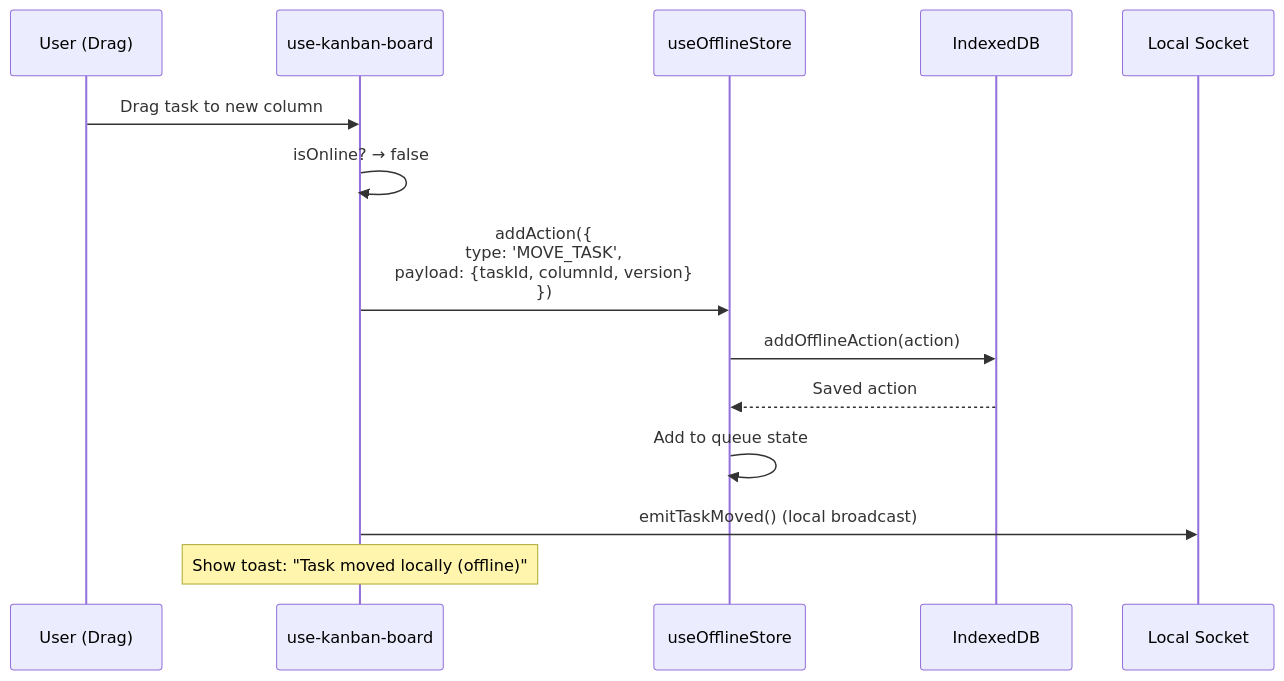
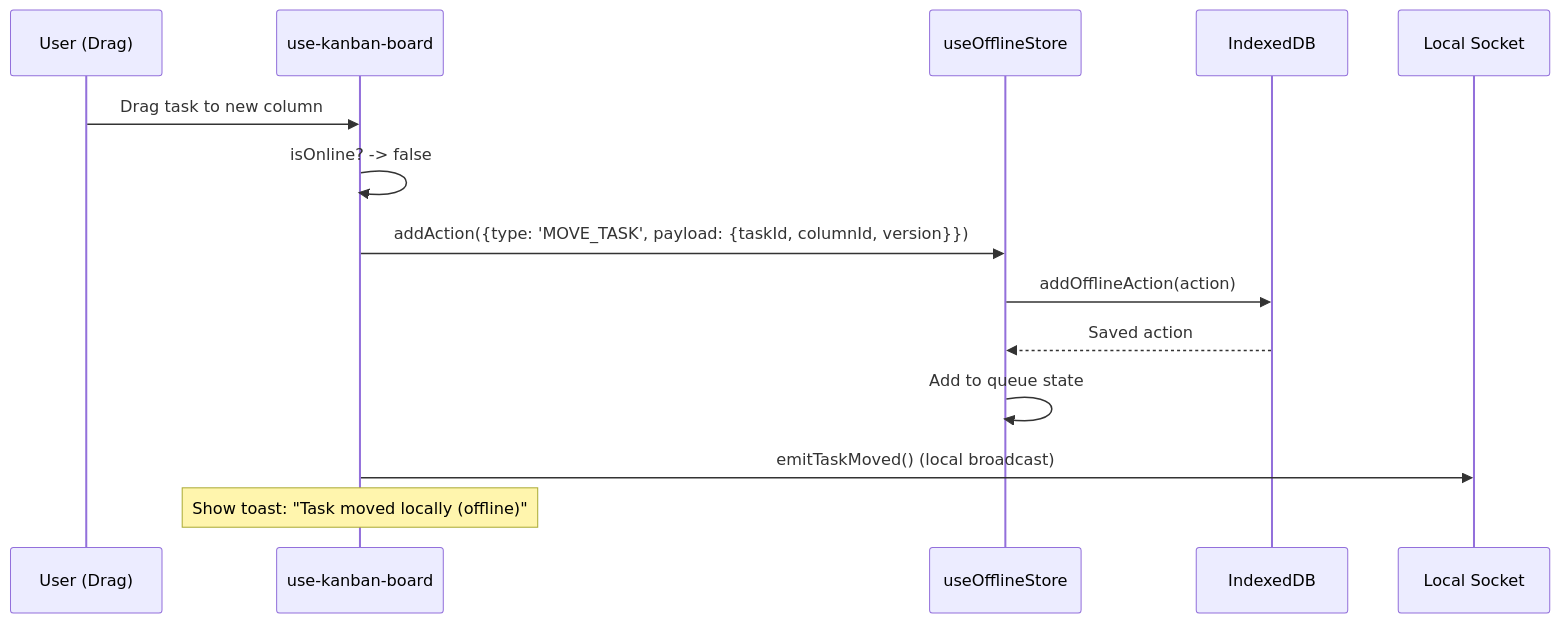
Before and after one commit to asefahmed500/Smart-Task-App_IIT_DU_Final_Project: the third of 7 diagrams in docs/08-offline-queue.md, drawn with Mermaid. The commit also changed other lines of this file and 8 other files, not shown here.

Commit message:
fix: remove br tags from mermaid diagrams for GitHub rendering

````diff
--- a/docs/08-offline-queue.md
+++ b/docs/08-offline-queue.md
@@ -90,19 +90,19 @@
 ```mermaid
 sequenceDiagram
     participant User as User (Drag)
     participant Hook as use-kanban-board
     participant Store as useOfflineStore
     participant IDB as IndexedDB
     participant Socket as Local Socket
 
     User->>Hook: Drag task to new column
-    Hook->>Hook: isOnline? → false
+    Hook->>Hook: isOnline? -> false
 
-    Hook->>Store: addAction({<br/>  type: 'MOVE_TASK',<br/>  payload: {taskId, columnId, version}<br/>})
+    Hook->>Store: addAction({type: 'MOVE_TASK', payload: {taskId, columnId, version}})
     Store->>IDB: addOfflineAction(action)
     IDB-->>Store: Saved action
     Store->>Store: Add to queue state
 
     Hook->>Socket: emitTaskMoved() (local broadcast)
     Note over Hook: Show toast: "Task moved locally (offline)"
 ```
````
